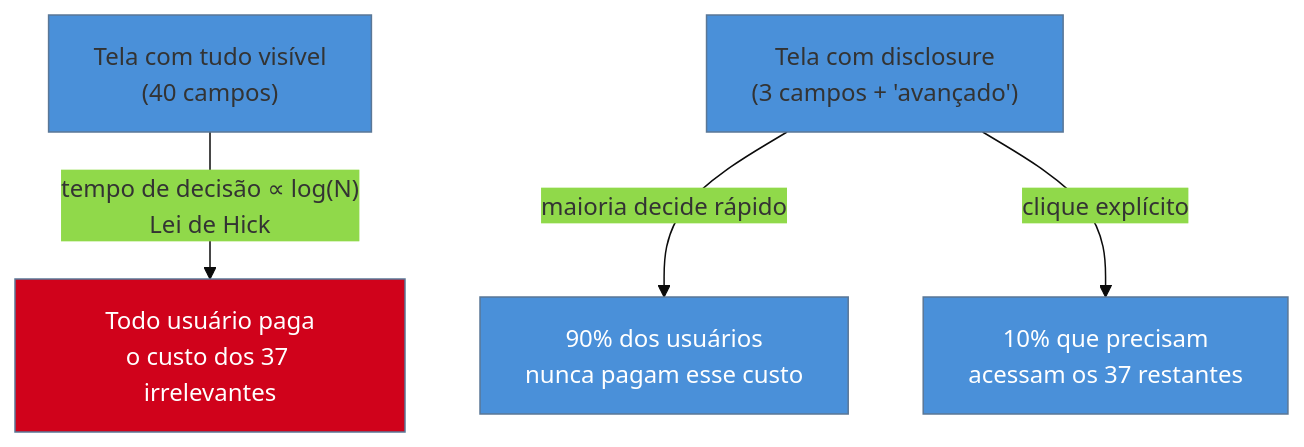
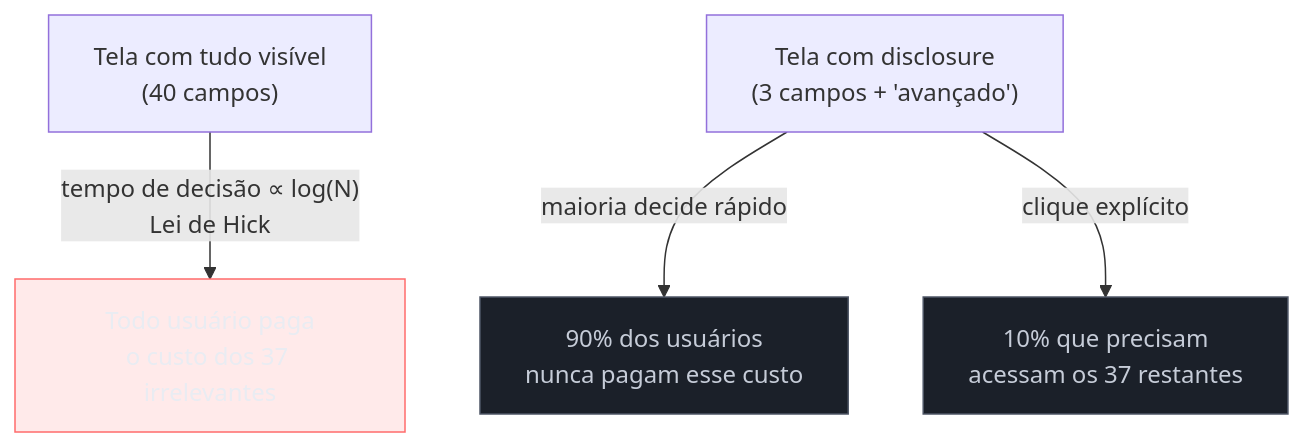
One commit to josenaldo/codex-technomanticus changed the diagram in 03-Dominios/Engenharia/UX/Design de Interação/21 - Progressive disclosure.md. Above: the diagram before and after it, drawn with Mermaid. The commit also changed 1181 other files, not shown here.

First line of the commit message:
fix(diagramas): paleta do sistema no lugar de cor cravada no markdown

````diff
--- a/03-Dominios/Engenharia/UX/Design de Interação/21 - Progressive disclosure.md
+++ b/03-Dominios/Engenharia/UX/Design de Interação/21 - Progressive disclosure.md
@@ -28,10 +28,11 @@
 ```mermaid
-%%{init: {"theme": "base", "themeVariables": {"primaryColor": "#4A90D9"}}}%%
 graph TD
+    classDef falha fill:#FF6B6B24,stroke:#FF6B6B,color:#E9ECF2
+    classDef neutro fill:#1B2029,stroke:#4E5666,color:#C6CCD8
     A["Tela com tudo visível<br/>(40 campos)"] -->|"tempo de decisão ∝ log(N)<br/>Lei de Hick"| B["Todo usuário paga<br/>o custo dos 37 irrelevantes"]
     C["Tela com disclosure<br/>(3 campos + 'avançado')"] -->|"maioria decide rápido"| D["90% dos usuários<br/>nunca pagam esse custo"]
     C -->|"clique explícito"| E["10% que precisam<br/>acessam os 37 restantes"]
-    style B fill:#D0021B,color:#fff
-    style D fill:#4A90D9,color:#fff
-    style E fill:#4A90D9,color:#fff
+    class B falha
+    class D neutro
+    class E neutro
 ```
````
